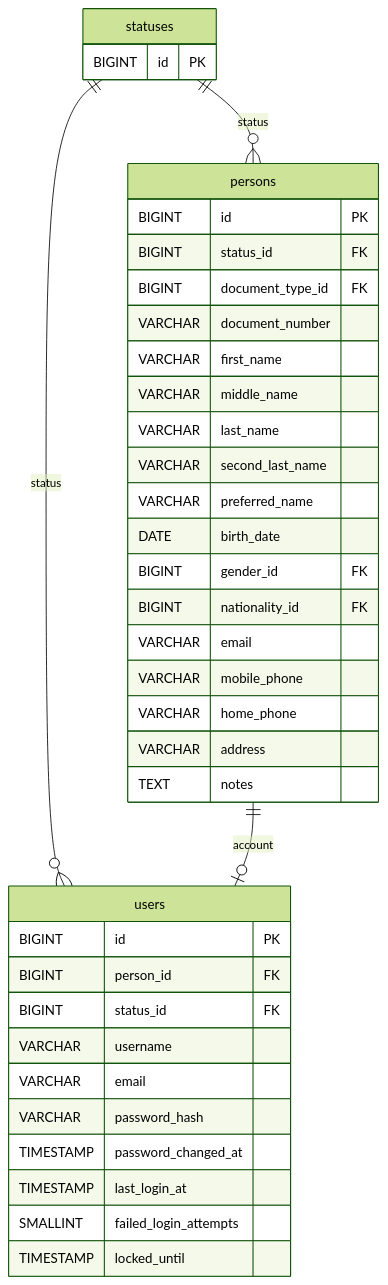
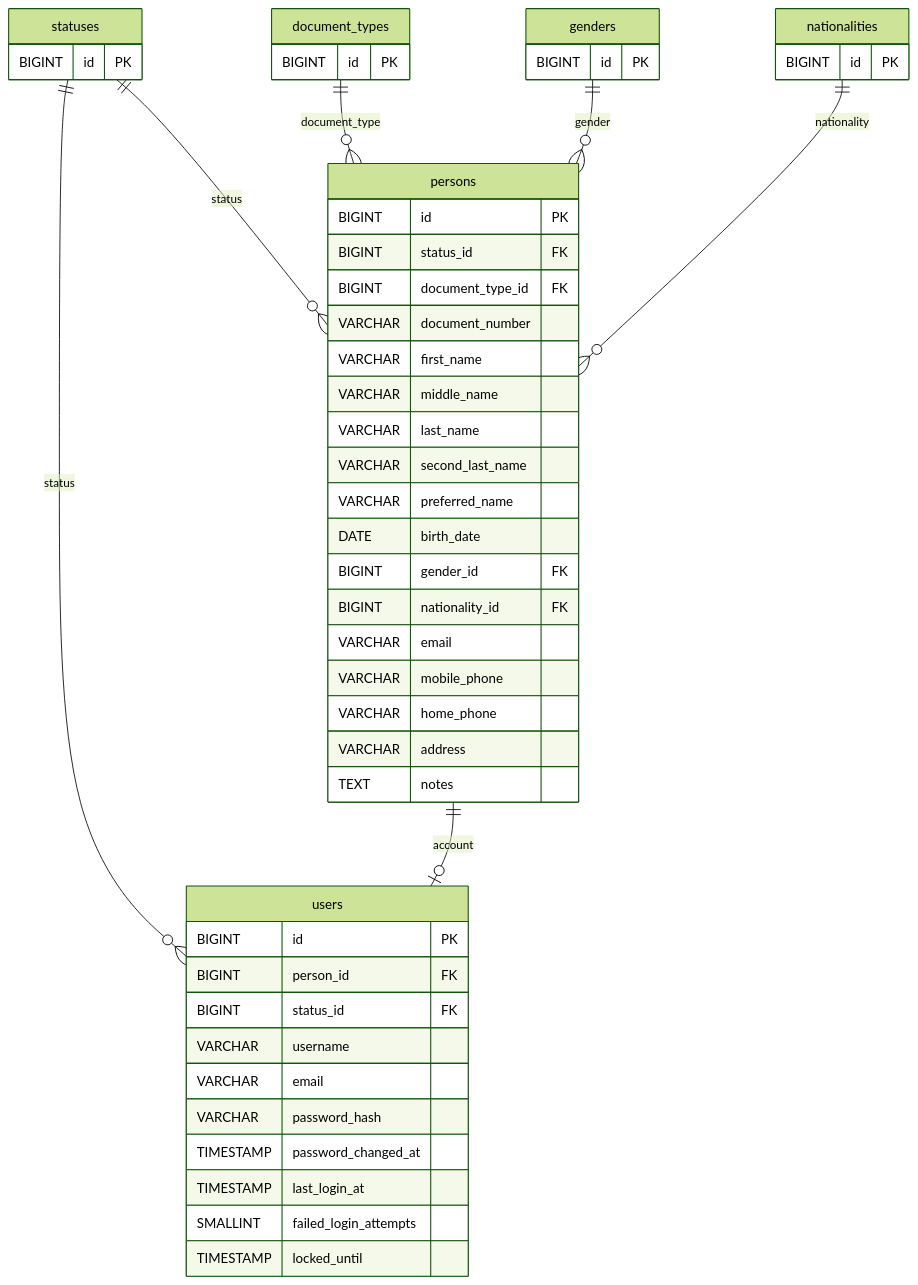
The third of 5 diagrams in .ai/ERD.md (patoz1977/antares-sis), drawn with Mermaid (forest theme) before and after one commit. The commit also changed other lines of this file and 15 other files, not shown here.

````diff
--- a/.ai/ERD.md
+++ b/.ai/ERD.md
@@ -316,6 +400,24 @@
 erDiagram
 
     statuses {
+
+        BIGINT id PK
+
+    }
+
+    document_types {
+
+        BIGINT id PK
+
+    }
+
+    genders {
+
+        BIGINT id PK
+
+    }
+
+    nationalities {
 
         BIGINT id PK
 
@@ -387,5 +489,11 @@
 
     statuses ||--o{ users : status
 
+    document_types ||--o{ persons : document_type
+
+    genders ||--o{ persons : gender
+
+    nationalities ||--o{ persons : nationality
+
     persons ||--o| users : account
 ```
````
